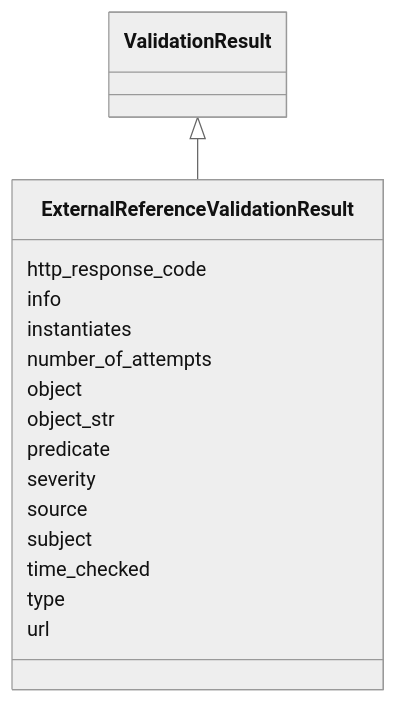
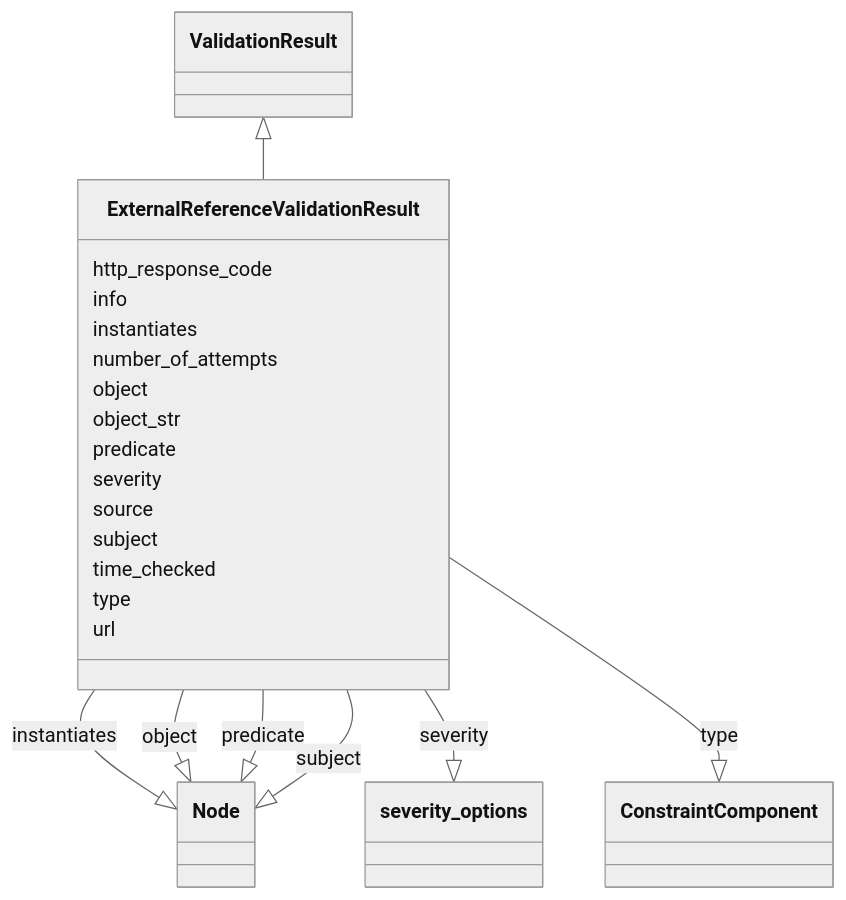
The diagram in validation/ExternalReferenceValidationResult.md (cthoyt/ontology-access-kit), drawn with Mermaid (neutral theme) before and after one commit. The commit also changed other lines of this file and 3287 other files, not shown here.

````diff
--- a/validation/ExternalReferenceValidationResult.md
+++ b/validation/ExternalReferenceValidationResult.md
@@ -11,20 +14,45 @@
 ```{mermaid}
  classDiagram
     class ExternalReferenceValidationResult
       ValidationResult <|-- ExternalReferenceValidationResult
       
       ExternalReferenceValidationResult : http_response_code
+        
       ExternalReferenceValidationResult : info
+        
       ExternalReferenceValidationResult : instantiates
+        
+          ExternalReferenceValidationResult --|> Node : instantiates
+        
       ExternalReferenceValidationResult : number_of_attempts
+        
       ExternalReferenceValidationResult : object
+        
+          ExternalReferenceValidationResult --|> Node : object
+        
       ExternalReferenceValidationResult : object_str
+        
       ExternalReferenceValidationResult : predicate
+        
+          ExternalReferenceValidationResult --|> Node : predicate
+        
       ExternalReferenceValidationResult : severity
+        
+          ExternalReferenceValidationResult --|> severity_options : severity
+        
       ExternalReferenceValidationResult : source
+        
       ExternalReferenceValidationResult : subject
+        
+          ExternalReferenceValidationResult --|> Node : subject
+        
       ExternalReferenceValidationResult : time_checked
+        
       ExternalReferenceValidationResult : type
+        
+          ExternalReferenceValidationResult --|> ConstraintComponent : type
+        
       ExternalReferenceValidationResult : url
+        
       
 ```
````
